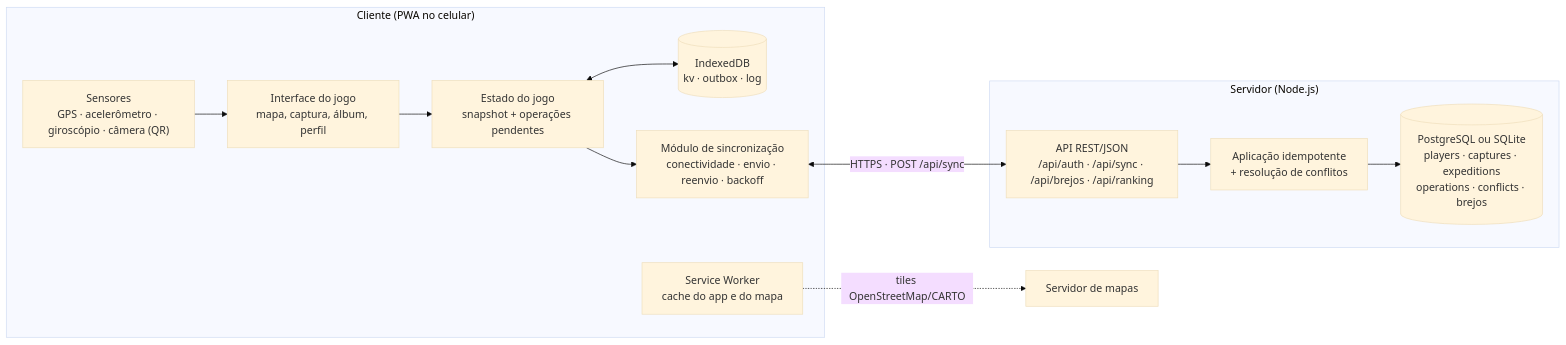
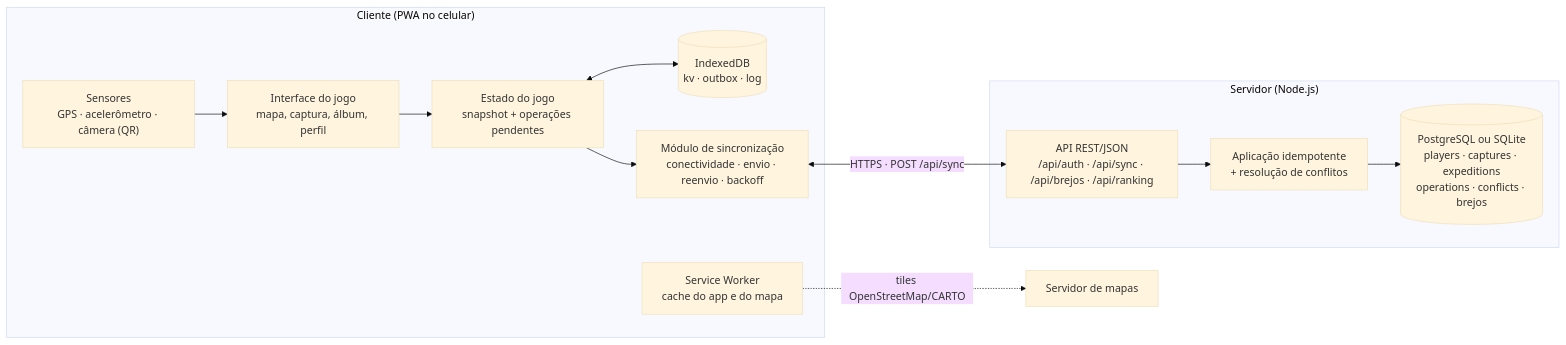
Before and after one commit to AugustoSalvego/pererecario: the first of 2 diagrams in docs/RELATORIO.md, drawn with Mermaid (base theme). The commit also changed other lines of this file and 12 other files, not shown here.

````diff
--- a/docs/RELATORIO.md
+++ b/docs/RELATORIO.md
@@ -25,23 +25,23 @@
 ```mermaid
 flowchart LR
   subgraph Celular["Cliente (PWA no celular)"]
     UI["Interface do jogo<br/>mapa, captura, álbum, perfil"]
-    SENS["Sensores<br/>GPS · acelerômetro · giroscópio · câmera (QR)"]
+    SENS["Sensores<br/>GPS · acelerômetro · câmera (QR)"]
     STORE["Estado do jogo<br/>snapshot + operações pendentes"]
     IDB[("IndexedDB<br/>kv · outbox · log")]
     SW["Service Worker<br/>cache do app e do mapa"]
     SYNC["Módulo de sincronização<br/>conectividade · envio · reenvio · backoff"]
     UI --> STORE
     SENS --> UI
     STORE <--> IDB
     STORE --> SYNC
   end
   subgraph Nuvem["Servidor (Node.js)"]
     API["API REST/JSON<br/>/api/auth · /api/sync · /api/brejos · /api/ranking"]
     APPLY["Aplicação idempotente<br/>+ resolução de conflitos"]
     DB[("PostgreSQL ou SQLite<br/>players · captures · expeditions<br/>operations · conflicts · brejos")]
     API --> APPLY --> DB
   end
   SYNC <-->|"HTTPS · POST /api/sync"| API
   SW -.->|"tiles OpenStreetMap/CARTO"| TILES["Servidor de mapas"]
 ```
````
